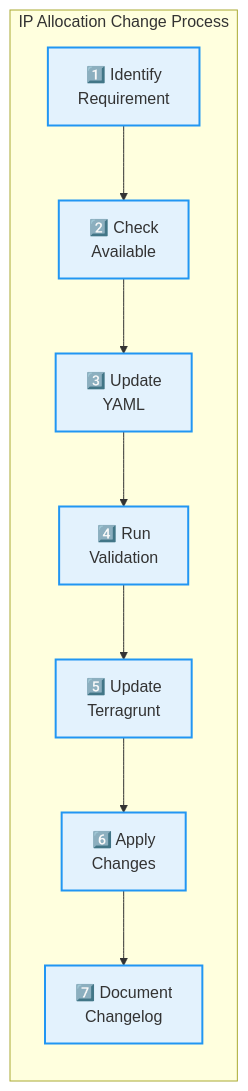
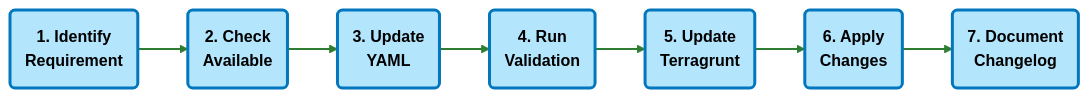
Before and after one commit to spolspol/terragrunt-gcp-org-automation: the seventh of 8 diagrams in docs/IP_ALLOCATION.md, drawn with Mermaid. The commit also changed other lines of this file and 36 other files, not shown here.

````diff
--- a/docs/IP_ALLOCATION.md
+++ b/docs/IP_ALLOCATION.md
@@ -414,17 +364,18 @@
 ```mermaid
 flowchart LR
-    subgraph "IP Allocation Change Process"
-        REQ["1️⃣ Identify<br/>Requirement"]
-        CHECK["2️⃣ Check<br/>Available"]
-        UPDATE["3️⃣ Update<br/>YAML"]
-        VALIDATE["4️⃣ Run<br/>Validation"]
-        CONFIG["5️⃣ Update<br/>Terragrunt"]
-        APPLY["6️⃣ Apply<br/>Changes"]
-        DOC["7️⃣ Document<br/>Changelog"]
-    end
-    
+    REQ("<b>1. Identify<br/>Requirement</b>")
+    CHECK("<b>2. Check<br/>Available</b>")
+    UPDATE("<b>3. Update<br/>YAML</b>")
+    VALIDATE("<b>4. Run<br/>Validation</b>")
+    CONFIG("<b>5. Update<br/>Terragrunt</b>")
+    APPLY("<b>6. Apply<br/>Changes</b>")
+    DOC("<b>7. Document<br/>Changelog</b>")
+
     REQ --> CHECK --> UPDATE --> VALIDATE --> CONFIG --> APPLY --> DOC
-    
-    classDef step fill:#E3F2FD,stroke:#2196F3,stroke-width:2px
-    class REQ,CHECK,UPDATE,VALIDATE,CONFIG,APPLY,DOC step
+
+    classDef network fill:#b3e5fc,stroke:#0277bd,stroke-width:3px,color:#000
+
+    class REQ,CHECK,UPDATE,VALIDATE,CONFIG,APPLY,DOC network
+
+    linkStyle 0,1,2,3,4,5 stroke:#2e7d32,stroke-width:2px
 ```
````
